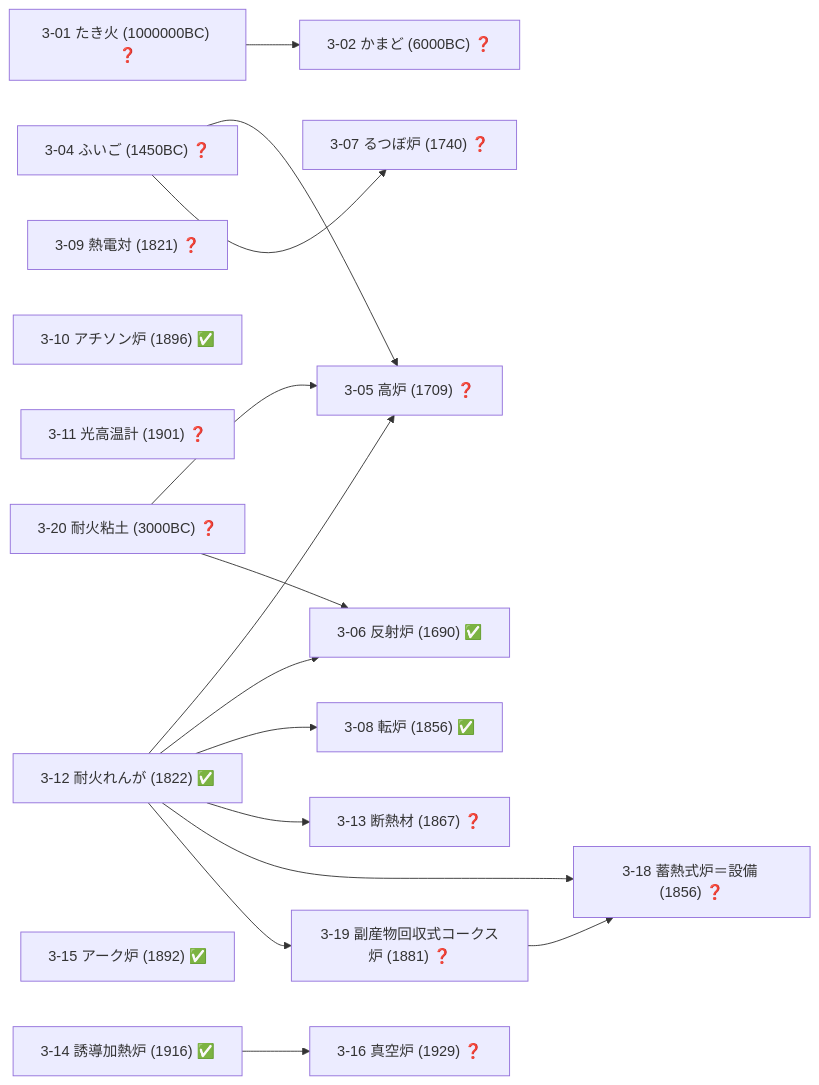
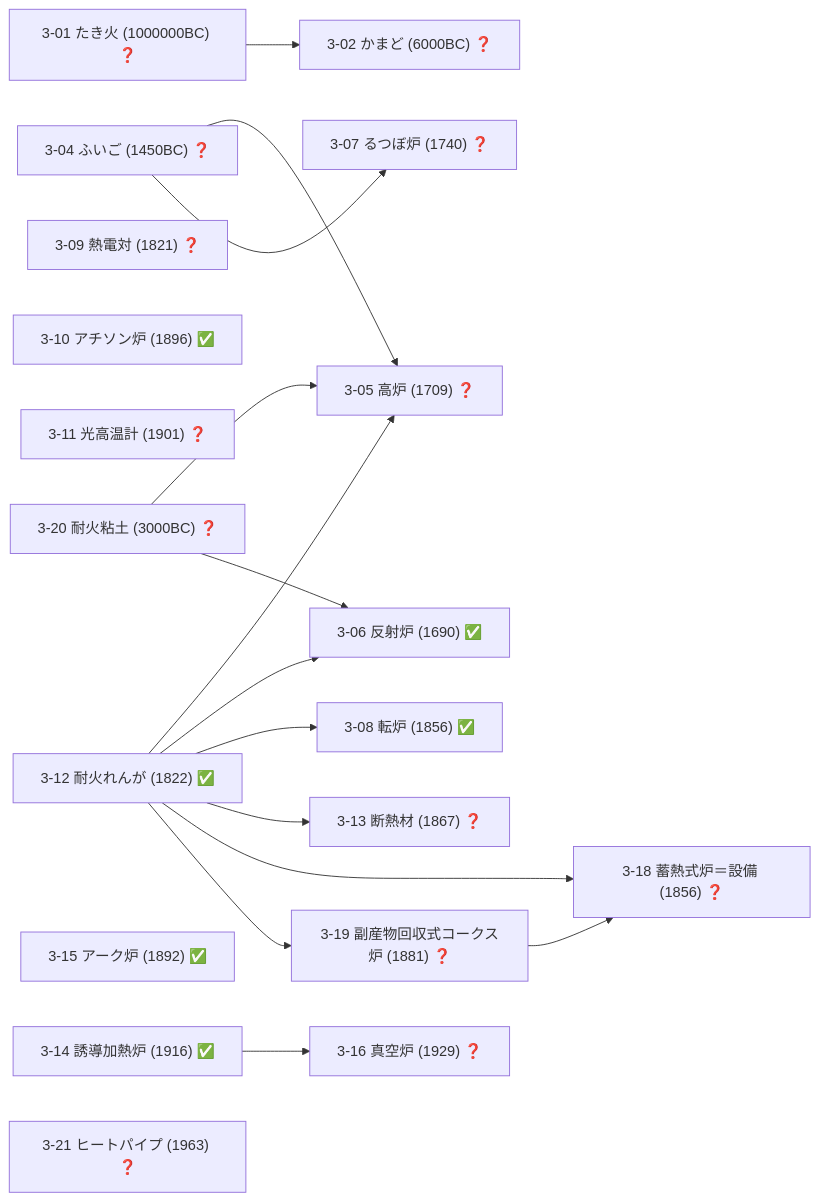
Before and after one commit to taku3i0317-collab/semiconductor-lab: the sixth of 19 diagrams in docs/TECH_TREE_VIEW.md, drawn with Mermaid. The commit also changed other lines of this file and 12 other files, not shown here.

````diff
--- a/docs/TECH_TREE_VIEW.md
+++ b/docs/TECH_TREE_VIEW.md
@@ -320,34 +323,35 @@
 ```mermaid
 graph LR
   n3_01["3-01 たき火 (1000000BC) ❓"]
   n3_02["3-02 かまど (6000BC) ❓"]
   n3_04["3-04 ふいご (1450BC) ❓"]
   n3_05["3-05 高炉 (1709) ❓"]
   n3_06["3-06 反射炉 (1690) ✅"]
   n3_07["3-07 るつぼ炉 (1740) ❓"]
   n3_08["3-08 転炉 (1856) ✅"]
   n3_09["3-09 熱電対 (1821) ❓"]
   n3_10["3-10 アチソン炉 (1896) ✅"]
   n3_11["3-11 光高温計 (1901) ❓"]
   n3_12["3-12 耐火れんが (1822) ✅"]
   n3_13["3-13 断熱材 (1867) ❓"]
   n3_14["3-14 誘導加熱炉 (1916) ✅"]
   n3_15["3-15 アーク炉 (1892) ✅"]
   n3_16["3-16 真空炉 (1929) ❓"]
   n3_18["3-18 蓄熱式炉＝設備 (1856) ❓"]
   n3_19["3-19 副産物回収式コークス炉 (1881) ❓"]
   n3_20["3-20 耐火粘土 (3000BC) ❓"]
+  n3_21["3-21 ヒートパイプ (1963) ❓"]
   n3_01-->n3_02
   n3_04-->n3_05
   n3_12-->n3_05
   n3_20-->n3_05
   n3_12-->n3_06
   n3_20-->n3_06
   n3_04-->n3_07
   n3_12-->n3_08
   n3_12-->n3_13
   n3_14-->n3_16
   n3_12-->n3_18
   n3_19-->n3_18
   n3_12-->n3_19
 ```
````
